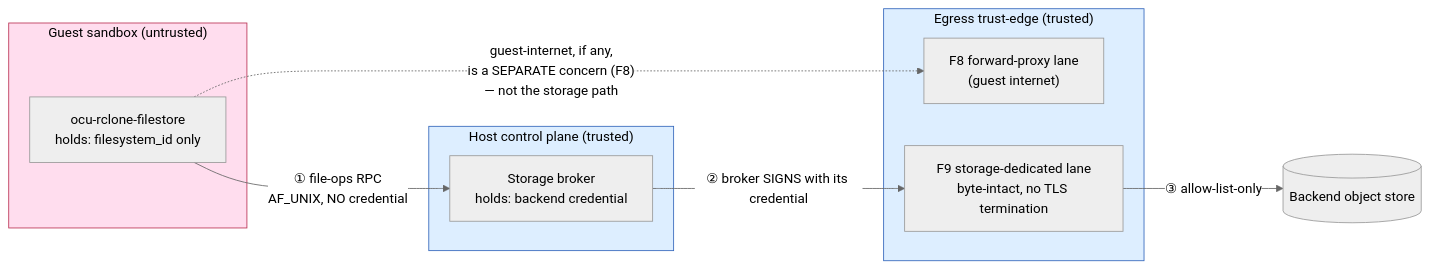
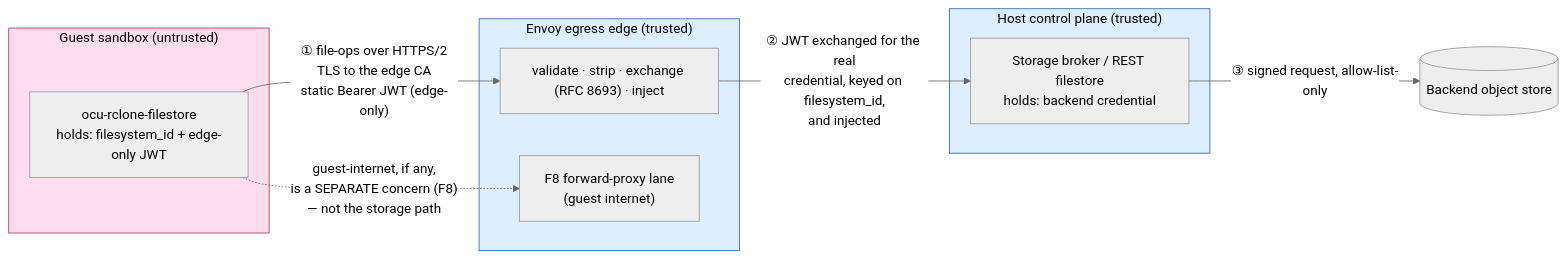
One commit to Wide-Moat/ocu-rclone-filestore changed the second of 5 diagrams in docs/architecture.md. Above: the diagram before and after it, drawn with Mermaid (neutral theme). The commit also changed other lines of this file, not shown here.

First line of the commit message:
docs(G-01): rewrite architecture.md to the HTTPS/REST+JWT+Envoy model

````diff
--- a/docs/architecture.md
+++ b/docs/architecture.md
@@ -132,26 +144,26 @@
 ```mermaid
 flowchart LR
     subgraph g["Guest sandbox (untrusted)"]
-        m["ocu-rclone-filestore<br/>holds: filesystem_id only"]
+        m["ocu-rclone-filestore<br/>holds: filesystem_id + edge-only JWT"]
+    end
+    subgraph e["Envoy egress edge (trusted)"]
+        ex["validate · strip · exchange (RFC 8693) · inject"]
+        f8["F8 forward-proxy lane<br/>(guest internet)"]
     end
     subgraph h["Host control plane (trusted)"]
-        b["Storage broker<br/>holds: backend credential"]
-    end
-    subgraph e["Egress trust-edge (trusted)"]
-        f8["F8 forward-proxy lane<br/>(guest internet)"]
-        f9["F9 storage-dedicated lane<br/>byte-intact, no TLS termination"]
+        b["Storage broker / REST filestore<br/>holds: backend credential"]
     end
     store[("Backend object store")]
 
-    m -->|"① file-ops RPC<br/>AF_UNIX, NO credential"| b
-    b -->|"② broker SIGNS with its credential"| f9
-    f9 -->|"③ allow-list-only"| store
+    m -->|"① file-ops over HTTPS/2<br/>TLS to the edge CA<br/>static Bearer JWT (edge-only)"| ex
+    ex -->|"② JWT exchanged for the real<br/>credential, keyed on filesystem_id,<br/>and injected"| b
+    b -->|"③ signed request, allow-list-only"| store
 
     m -.->|"guest-internet, if any,<br/>is a SEPARATE concern (F8)<br/>— not the storage path"| f8
 
     classDef u fill:#fde,stroke:#b35,color:#000
     classDef t fill:#def,stroke:#36b,color:#000
     class g u
     class h t
     class e t
 ```
````
